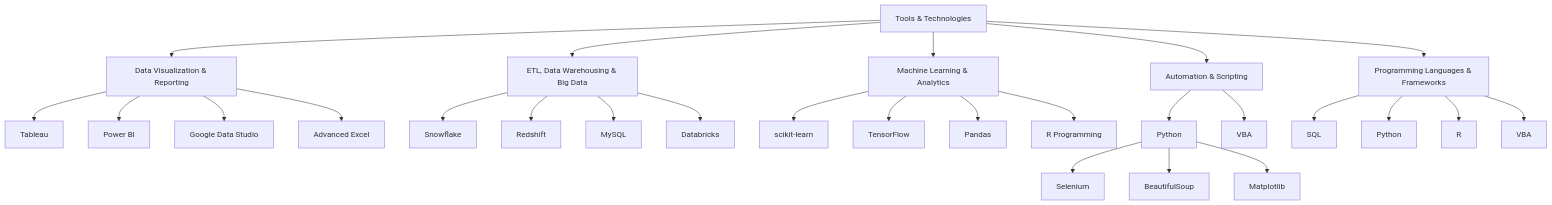
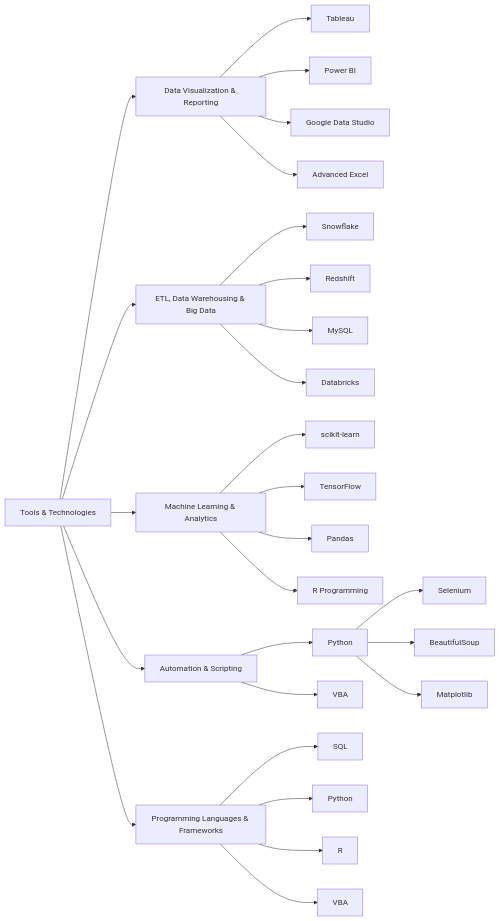
Before and after one commit to Vignesh-Hariharan/Vignesh-hariharan: the diagram in README.md, drawn with Mermaid.

````diff
--- a/README.md
+++ b/README.md
@@ -24,36 +24,37 @@
 ```mermaid
-graph TD;
+graph LR;
     A[Tools & Technologies] --> B[Data Visualization & Reporting];
     A --> C[ETL, Data Warehousing & Big Data];
     A --> D[Machine Learning & Analytics];
     A --> E[Automation & Scripting];
     A --> F[Programming Languages & Frameworks];
     
     B --> B1[Tableau];
     B --> B2[Power BI];
     B --> B3[Google Data Studio];
     B --> B4[Advanced Excel];
 
     C --> C1[Snowflake];
     C --> C2[Redshift];
     C --> C3[MySQL];
     C --> C4[Databricks];
     
     D --> D1[scikit-learn];
     D --> D2[TensorFlow];
     D --> D3[Pandas];
     D --> D4[R Programming];
     
     E --> E1[Python];
     E --> E2[VBA];
     E1 --> E1a[Selenium];
     E1 --> E1b[BeautifulSoup];
     E1 --> E1c[Matplotlib];
     
     F --> F1[SQL];
     F --> F2[Python];
     F --> F3[R];
     F --> F4[VBA];
 
 
+
 ```
````
